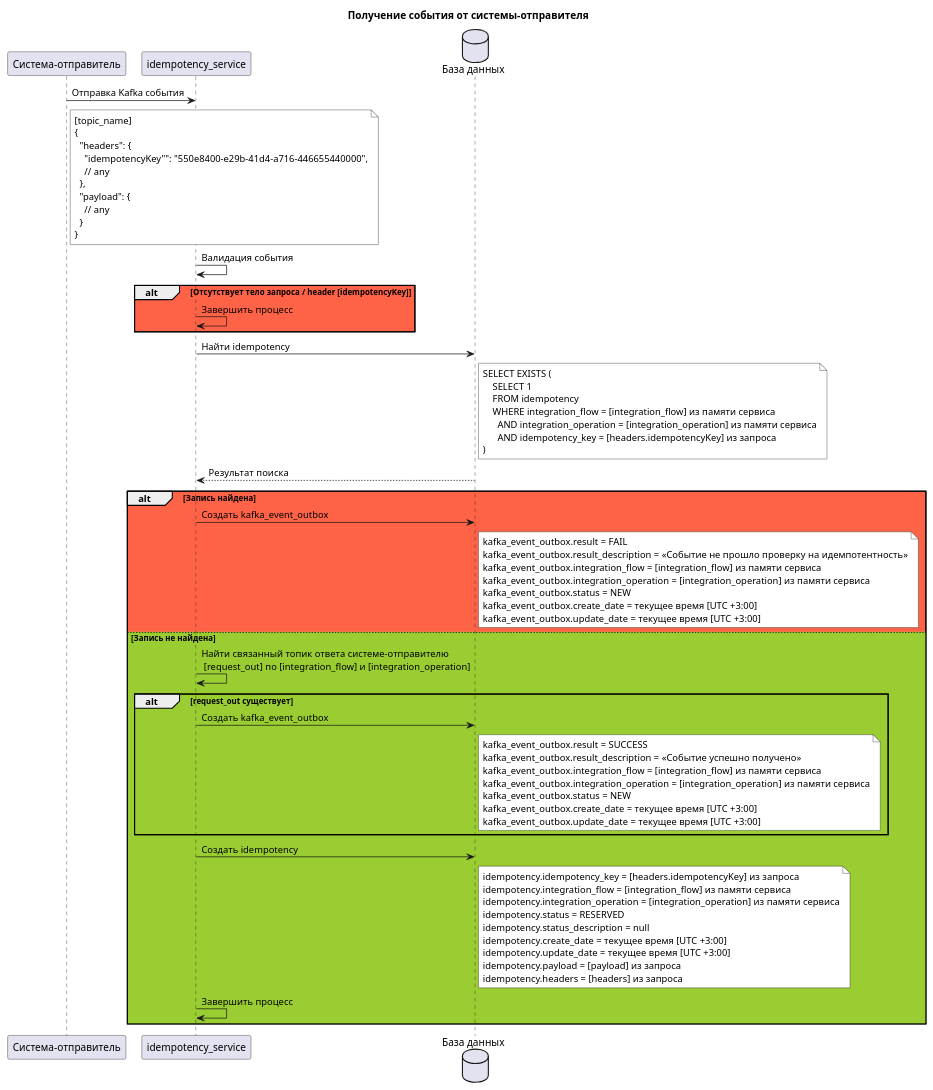
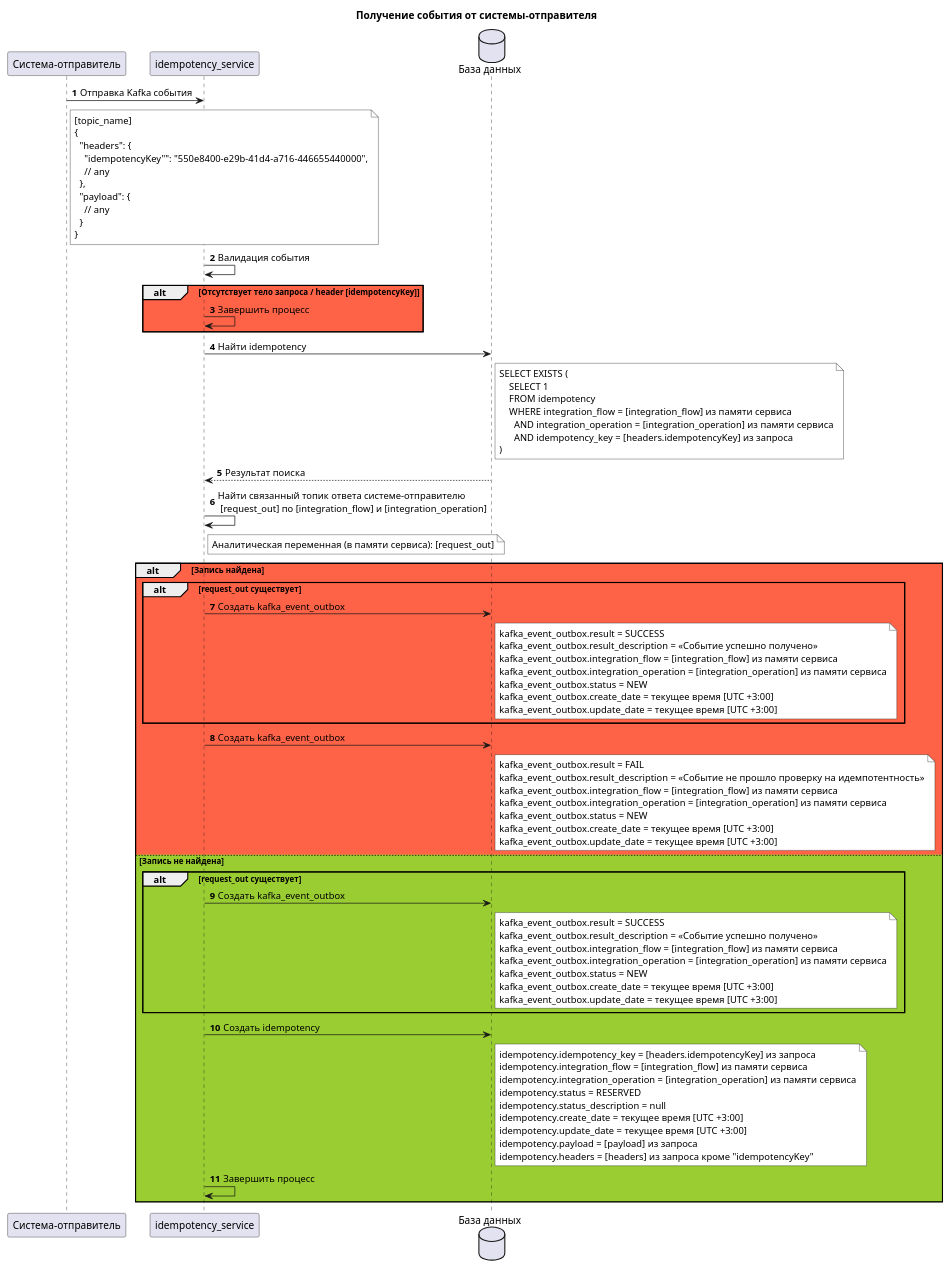
Before and after one commit to idempotence-service/core: the diagram in architecture/1.puml, drawn with PlantUML. The commit also changed 6 other files, not shown here.

```diff
--- a/architecture/1.puml
+++ b/architecture/1.puml
@@ -1,82 +1,103 @@
 @startuml
 title Получение события от системы-отправителя
+
+autonumber
 
 participant "Система-отправитель" as Sender
 participant "idempotency_service" as IdemService
 database "База данных" as DB
 
 Sender -> IdemService: Отправка Kafka события
 note right of Sender #FFFFFF
 [topic_name]
 {
   "headers": {
     "idempotencyKey"": "550e8400-e29b-41d4-a716-446655440000",
     // any
   },
   "payload": {
     // any
   }
 }
 end note
 
 IdemService -> IdemService: Валидация события
 
 alt #tomato Отсутствует тело запроса / header [idempotencyKey]
     IdemService -> IdemService: Завершить процесс
 end
 
 
 IdemService -> DB: Найти idempotency
 note right of DB #FFFFFF
     SELECT EXISTS (
         SELECT 1
         FROM idempotency
         WHERE integration_flow = [integration_flow] из памяти сервиса
           AND integration_operation = [integration_operation] из памяти сервиса
           AND idempotency_key = [headers.idempotencyKey] из запроса
     )
 end note
 DB --> IdemService: Результат поиска
 
+IdemService -> IdemService: Найти связанный топик ответа системе-отправителю\n [request_out] по [integration_flow] и [integration_operation]
+note right of IdemService #FFFFFF
+    Аналитическая переменная (в памяти сервиса): [request_out]
+end note
+
 alt #tomato Запись найдена
+
+    alt #tomato request_out существует
+            IdemService -> DB: Создать kafka_event_outbox
+            note right of DB #FFFFFF
+               kafka_event_outbox.result = SUCCESS
+               kafka_event_outbox.result_description = «Событие успешно получено»
+               kafka_event_outbox.integration_flow = [integration_flow] из памяти сервиса
+               kafka_event_outbox.integration_operation = [integration_operation] из памяти сервиса
+               kafka_event_outbox.status = NEW
+               kafka_event_outbox.create_date = текущее время [UTC +3:00]
+               kafka_event_outbox.update_date = текущее время [UTC +3:00]
+            end note
+        end
+
     IdemService -> DB: Создать kafka_event_outbox
     note right of DB #FFFFFF
        kafka_event_outbox.result = FAIL
        kafka_event_outbox.result_description = «Событие не прошло проверку на идемпотентность»
        kafka_event_outbox.integration_flow = [integration_flow] из памяти сервиса
        kafka_event_outbox.integration_operation = [integration_operation] из памяти сервиса
        kafka_event_outbox.status = NEW
        kafka_event_outbox.create_date = текущее время [UTC +3:00]
        kafka_event_outbox.update_date = текущее время [UTC +3:00]
     end note
 else #yellowgreen Запись не найдена
-    IdemService -> IdemService: Найти связанный топик ответа системе-отправителю\n [request_out] по [integration_flow] и [integration_operation]
+
     alt #yellowgreen request_out существует
         IdemService -> DB: Создать kafka_event_outbox
         note right of DB #FFFFFF
            kafka_event_outbox.result = SUCCESS
            kafka_event_outbox.result_description = «Событие успешно получено»
            kafka_event_outbox.integration_flow = [integration_flow] из памяти сервиса
            kafka_event_outbox.integration_operation = [integration_operation] из памяти сервиса
            kafka_event_outbox.status = NEW
            kafka_event_outbox.create_date = текущее время [UTC +3:00]
            kafka_event_outbox.update_date = текущее время [UTC +3:00]
         end note
     end
 
     IdemService -> DB: Создать idempotency
     note right of DB #FFFFFF
        idempotency.idempotency_key = [headers.idempotencyKey] из запроса
        idempotency.integration_flow = [integration_flow] из памяти сервиса
        idempotency.integration_operation = [integration_operation] из памяти сервиса
        idempotency.status = RESERVED
        idempotency.status_description = null
        idempotency.create_date = текущее время [UTC +3:00]
        idempotency.update_date = текущее время [UTC +3:00]
        idempotency.payload = [payload] из запроса
-       idempotency.headers = [headers] из запроса
+       idempotency.headers = [headers] из запроса кроме "idempotencyKey"
     end note
     IdemService -> IdemService: Завершить процесс
 end
 
 @enduml
```
